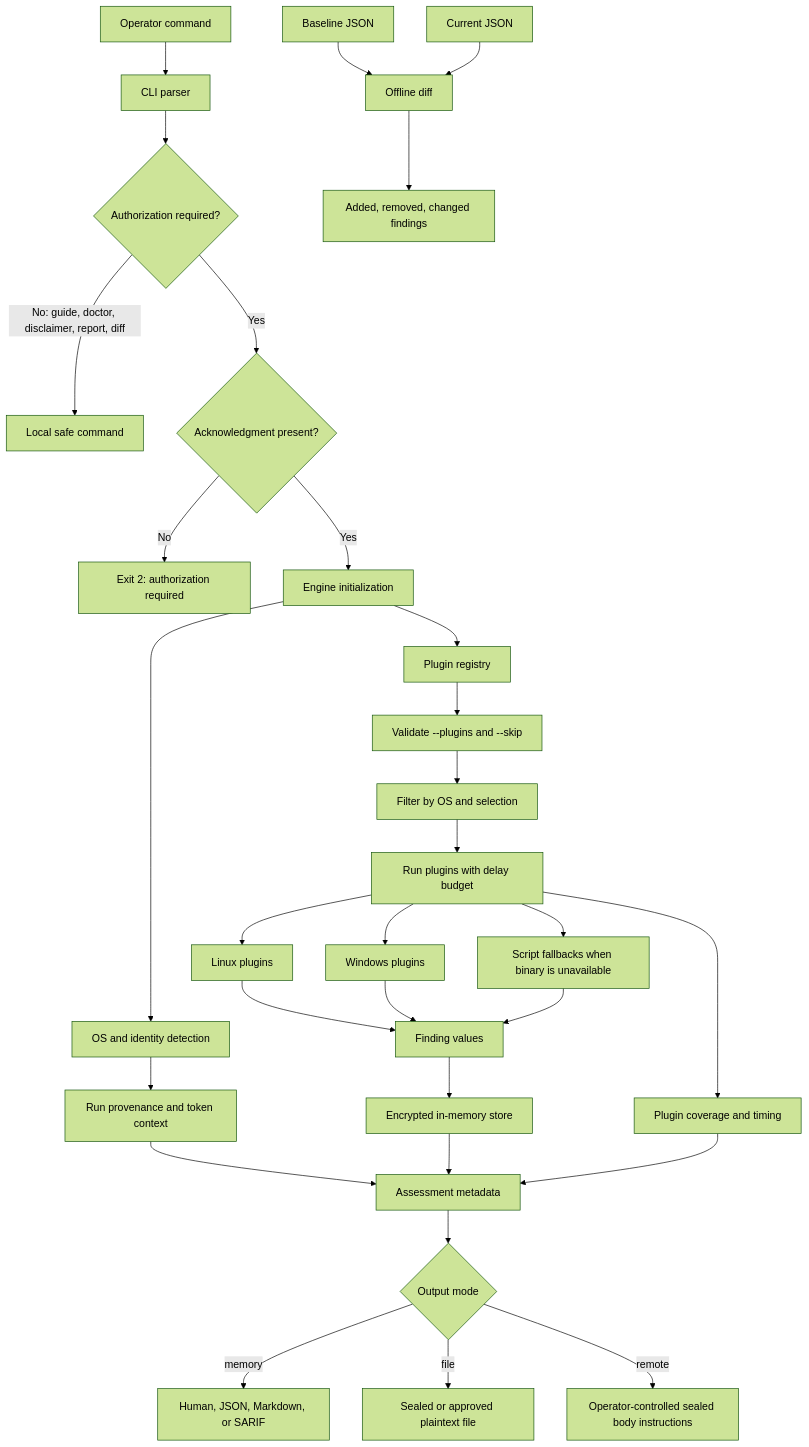
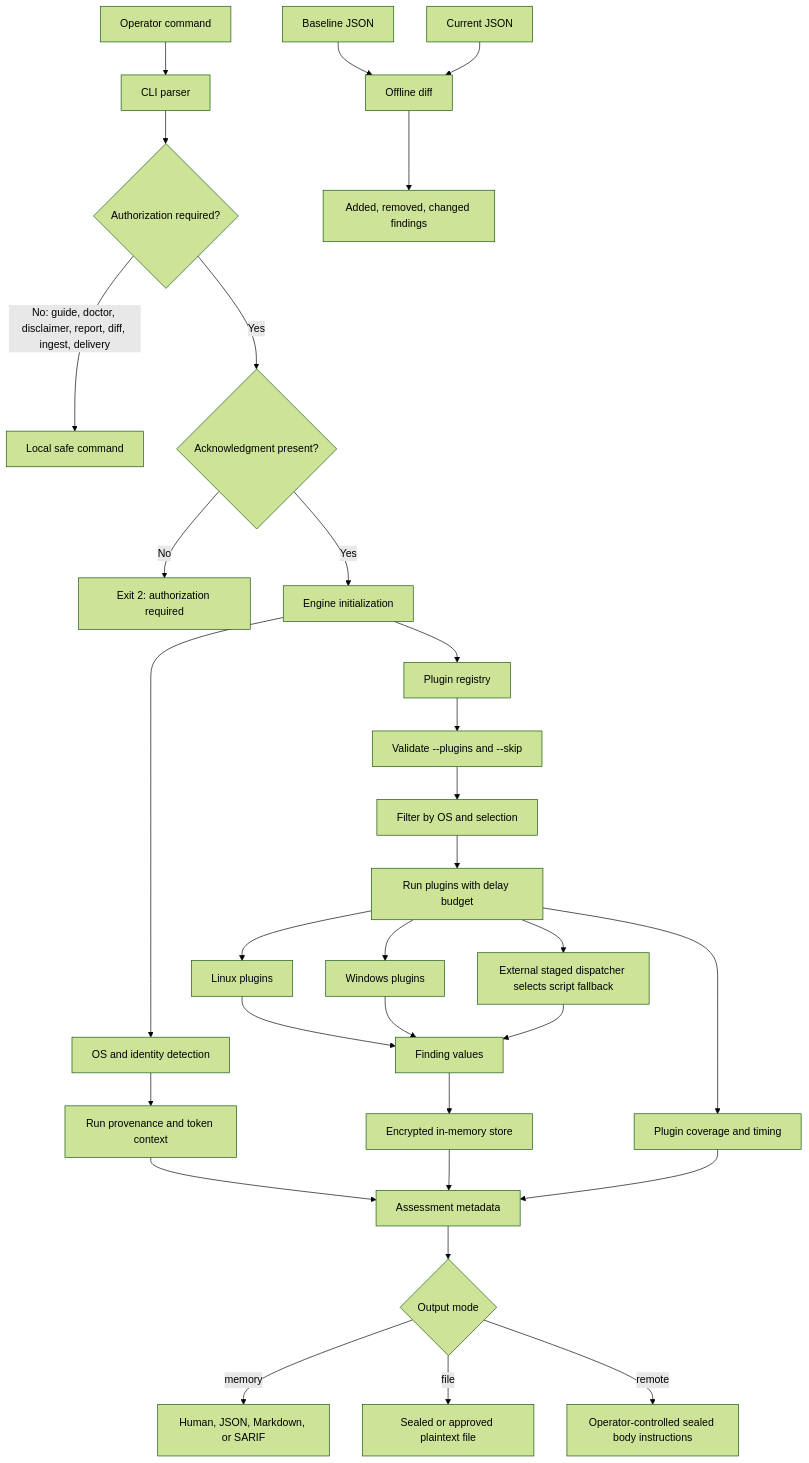
Before and after one commit to rikterskale/StealthyPrivesc: the diagram in docs/architecture-diagram.md, drawn with Mermaid (forest theme). The commit also changed 28 other files, not shown here.

````diff
--- a/docs/architecture-diagram.md
+++ b/docs/architecture-diagram.md
@@ -7,37 +7,37 @@
 ```mermaid
 flowchart TD
     A[Operator command] --> B[CLI parser]
     B --> C{Authorization required?}
-    C -->|No: guide, doctor, disclaimer, report, diff| D[Local safe command]
+    C -->|No: guide, doctor, disclaimer, report, diff, ingest, delivery| D[Local safe command]
     C -->|Yes| E{Acknowledgment present?}
     E -->|No| F[Exit 2: authorization required]
     E -->|Yes| G[Engine initialization]
 
     G --> H[OS and identity detection]
     G --> I[Plugin registry]
     I --> J[Validate --plugins and --skip]
     J --> K[Filter by OS and selection]
     K --> L[Run plugins with delay budget]
 
     L --> M[Linux plugins]
     L --> N[Windows plugins]
-    L --> O[Script fallbacks when binary is unavailable]
+    L --> O[External staged dispatcher selects script fallback]
     M --> P[Finding values]
     N --> P
     O --> P
     L --> Q[Plugin coverage and timing]
     H --> R[Run provenance and token context]
 
     P --> S[Encrypted in-memory store]
     Q --> T[Assessment metadata]
     R --> T
     S --> T
     T --> U{Output mode}
     U -->|memory| V[Human, JSON, Markdown, or SARIF]
     U -->|file| W[Sealed or approved plaintext file]
     U -->|remote| X[Operator-controlled sealed body instructions]
 
     Y[Baseline JSON] --> Z[Offline diff]
     AA[Current JSON] --> Z
     Z --> AB[Added, removed, changed findings]
 ```
````
